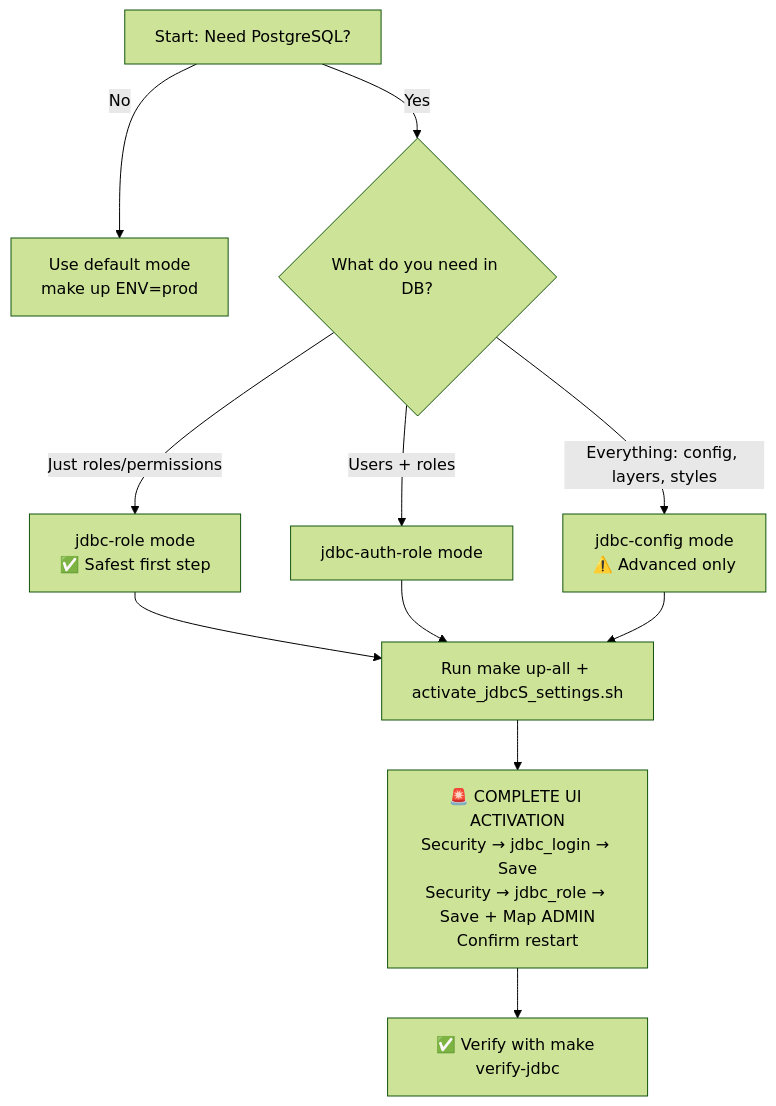
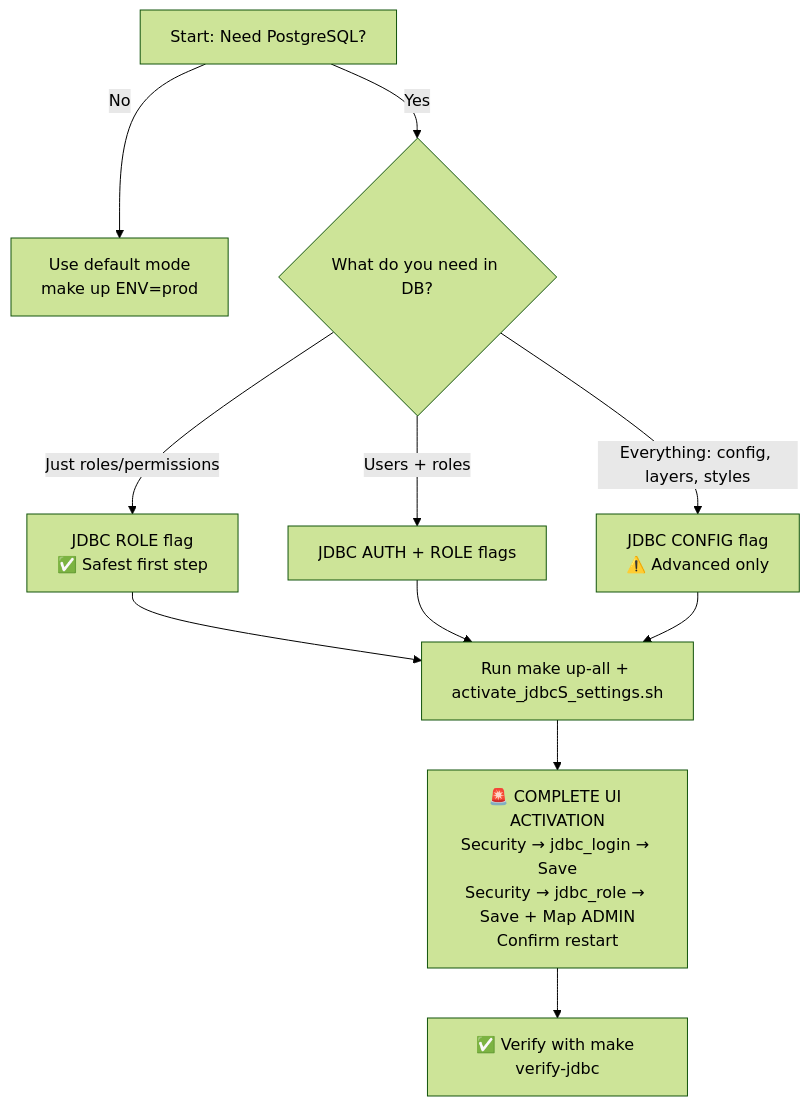
The diagram in readme_jdbc.md (digitalcityscience/geoserver_docker), drawn with Mermaid (forest theme) before and after one commit. The commit also changed other lines of this file and 10 other files, not shown here.

Commit message:
Align admin bootstrap and JDBC feature flags

````diff
--- a/readme_jdbc.md
+++ b/readme_jdbc.md
@@ -313,16 +317,16 @@
 ```mermaid
 graph TD
     A[Start: Need PostgreSQL?] -->|No| B[Use default mode<br>make up ENV=prod]
     A -->|Yes| C{What do you need in DB?}
-    C -->|Just roles/permissions| D[jdbc-role mode<br>✅ Safest first step]
-    C -->|Users + roles| E[jdbc-auth-role mode]
-    C -->|Everything: config, layers, styles| F[jdbc-config mode<br>⚠️ Advanced only]
+    C -->|Just roles/permissions| D[JDBC ROLE flag<br>✅ Safest first step]
+    C -->|Users + roles| E[JDBC AUTH + ROLE flags]
+    C -->|Everything: config, layers, styles| F[JDBC CONFIG flag<br>⚠️ Advanced only]
     
     D --> G[Run make up-all + activate_jdbcS_settings.sh]
     E --> G
     F --> G
     
     G --> H[🚨 COMPLETE UI ACTIVATION<br>Security → jdbc_login → Save<br>Security → jdbc_role → Save + Map ADMIN<br>Confirm restart]
     
     H --> I[✅ Verify with make verify-jdbc]
 ```
````
